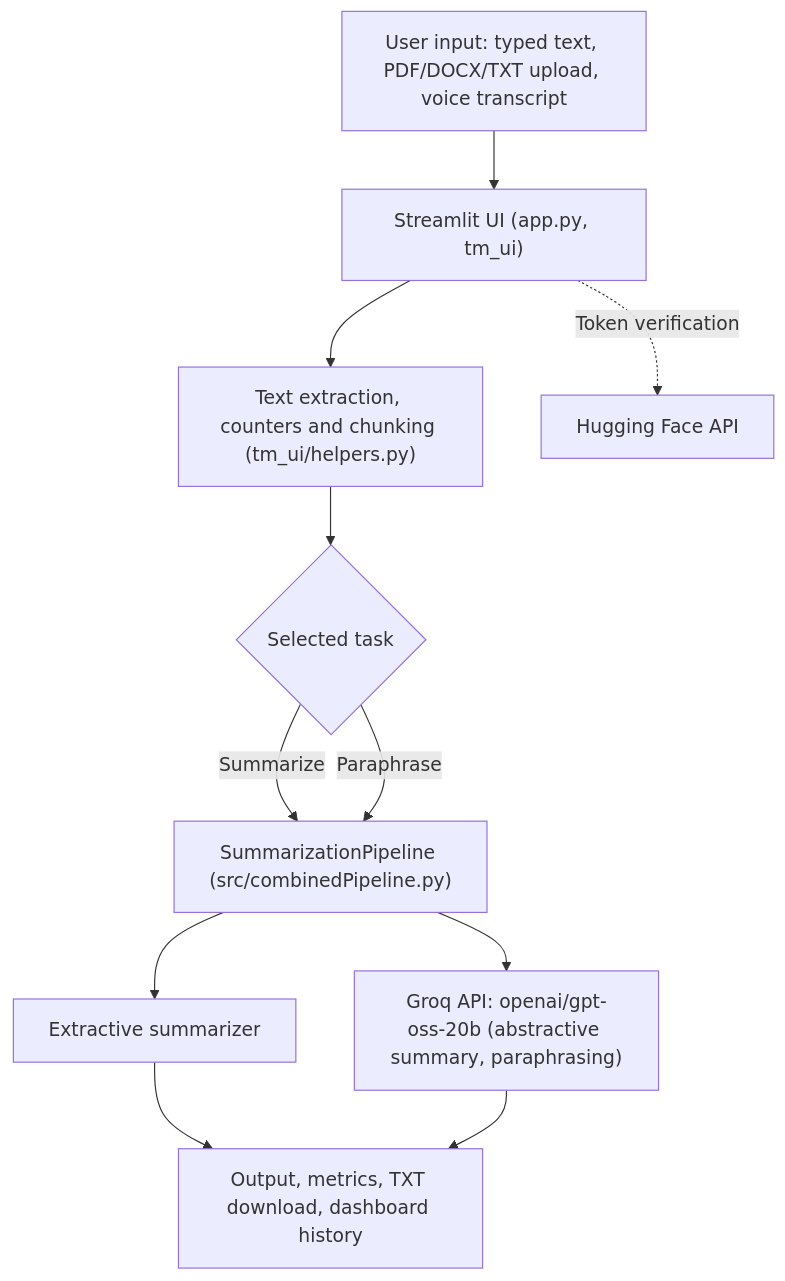
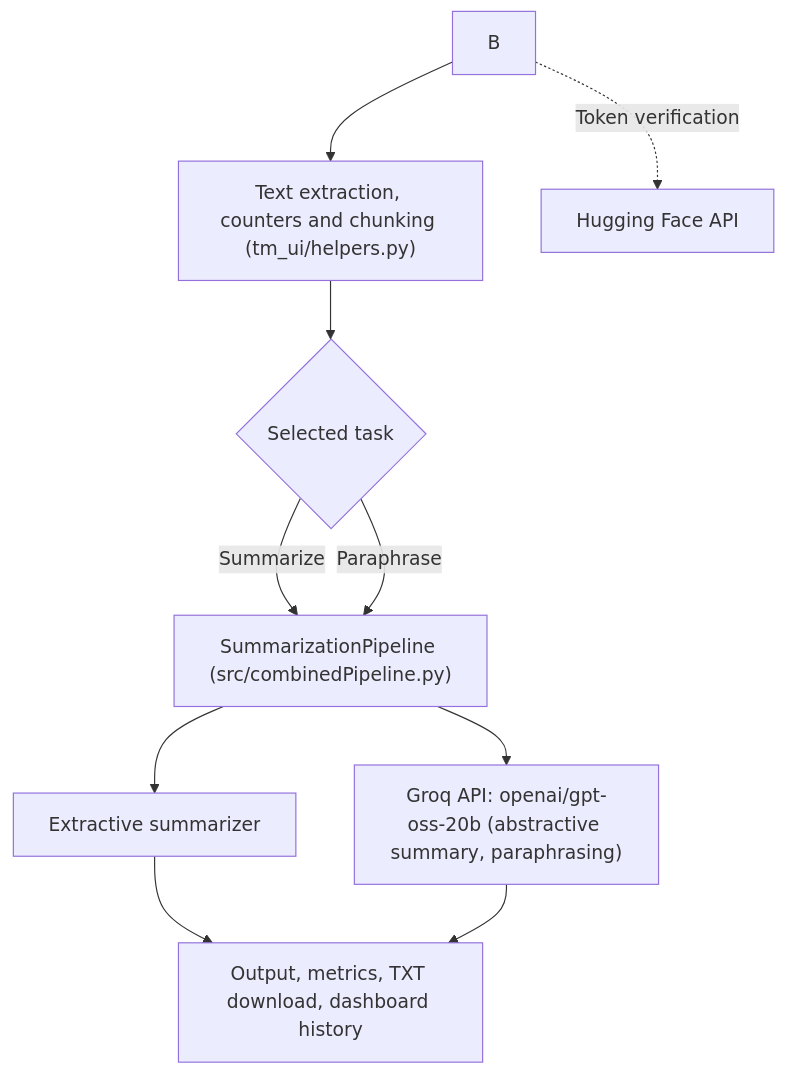
The diagram in README.md (JeetMourya/AI-TEXT-MORPH-PROJECT), drawn with Mermaid before and after one commit. The commit also changed other lines of this file and 1 other file, not shown here.

Commit message:
Remove voice input feature

````diff
--- a/README.md
+++ b/README.md
@@ -70,13 +69,12 @@
 ```mermaid
 flowchart TD
-    A["User input: typed text, PDF/DOCX/TXT upload, voice transcript"] --> B["Streamlit UI (app.py, tm_ui)"]
     B --> P["Text extraction, counters and chunking (tm_ui/helpers.py)"]
     P --> C{"Selected task"}
     C -->|Summarize| D["SummarizationPipeline (src/combinedPipeline.py)"]
     C -->|Paraphrase| D
     D --> E["Extractive summarizer"]
     D --> F["Groq API: openai/gpt-oss-20b (abstractive summary, paraphrasing)"]
     E --> G["Output, metrics, TXT download, dashboard history"]
     F --> G
     B -.->|Token verification| H["Hugging Face API"]
 ```
````
